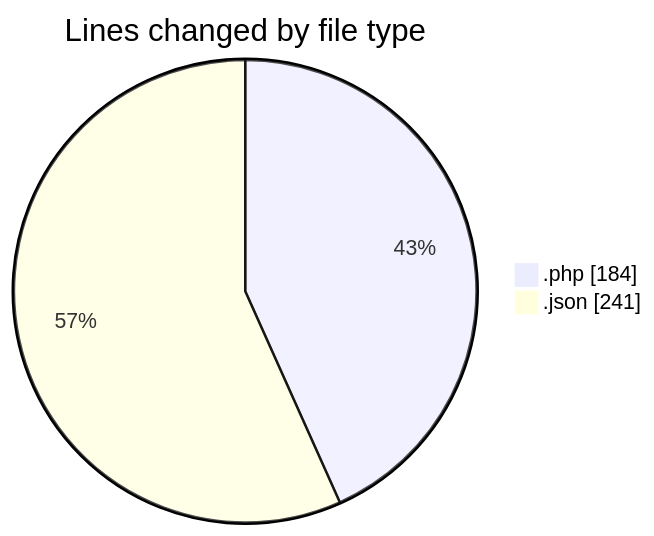
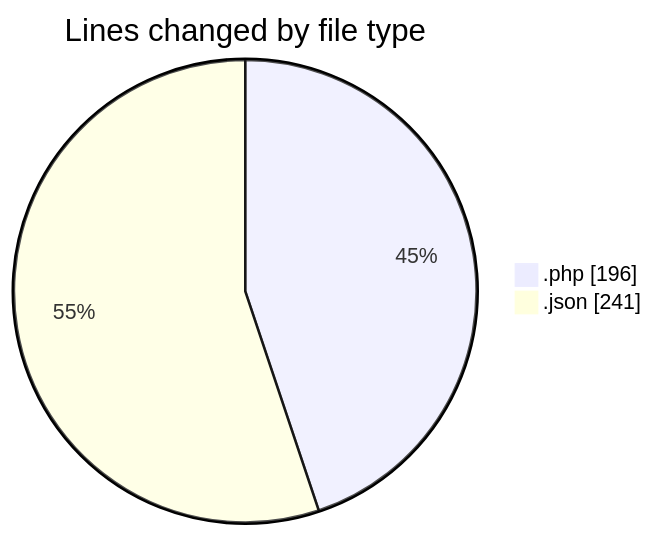
The first of 2 diagrams in 2025-03-29/autodidak/README.md (idhammustaqopulfikri/code-tracking), drawn with Mermaid before and after one commit. The commit also changed other lines of this file and 1 other file, not shown here.

````diff
--- a/2025-03-29/autodidak/README.md
+++ b/2025-03-29/autodidak/README.md
@@ -25,6 +25,6 @@
 ```mermaid
 pie showData
 title Lines changed by file type
-".php" : 184
+".php" : 196
 ".json" : 241
 ```
````
